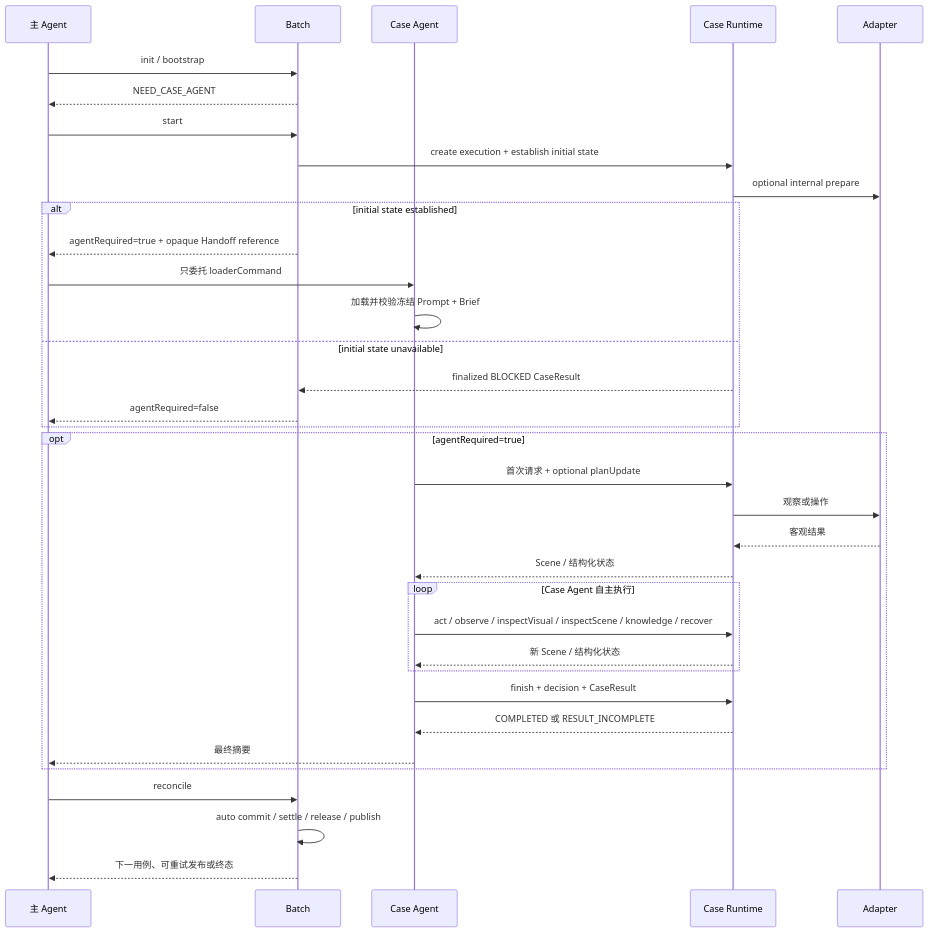
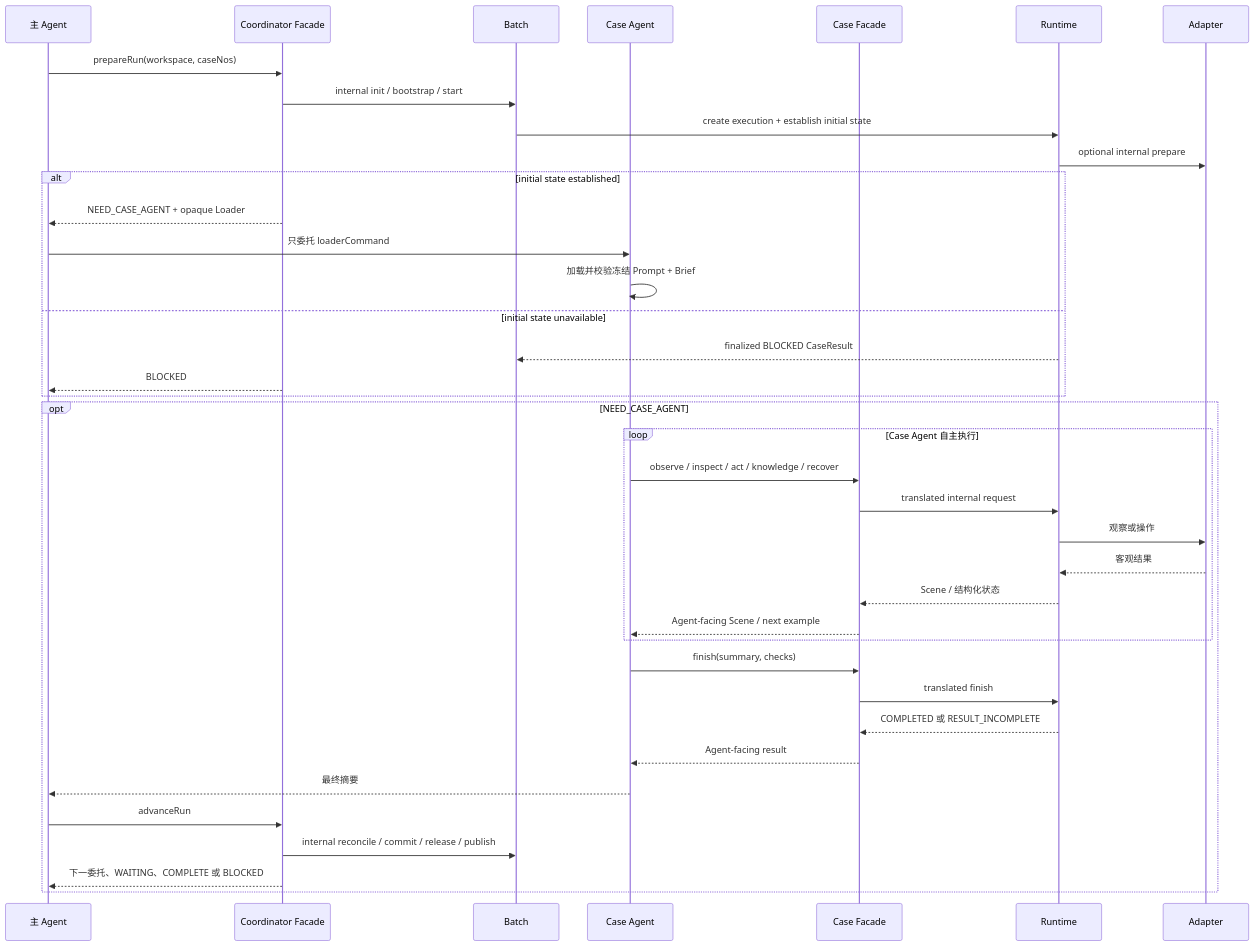
One commit to lianghuihui-plus/DevKit changed the second of 2 diagrams in skills/mobile-ai-visual-test/docs/architecture.md. Above: the diagram before and after it, drawn with Mermaid. The commit also changed other lines of this file and 77 other files, not shown here.

Commit message:
refactor(mavt): simplify agent-facing execution framework

````diff
--- a/skills/mobile-ai-visual-test/docs/architecture.md
+++ b/skills/mobile-ai-visual-test/docs/architecture.md
@@ -76,38 +91,41 @@
 ```mermaid
 sequenceDiagram
   participant M as 主 Agent
+  participant C as Coordinator Facade
   participant B as Batch
   participant A as Case Agent
-  participant R as Case Runtime
+  participant F as Case Facade
+  participant R as Runtime
   participant D as Adapter
 
-  M->>B: init / bootstrap
-  B-->>M: NEED_CASE_AGENT
-  M->>B: start
+  M->>C: prepareRun(workspace, caseNos)
+  C->>B: internal init / bootstrap / start
   B->>R: create execution + establish initial state
   R->>D: optional internal prepare
   alt initial state established
-    B-->>M: agentRequired=true + opaque Handoff reference
+    C-->>M: NEED_CASE_AGENT + opaque Loader
     M->>A: 只委托 loaderCommand
     A->>A: 加载并校验冻结 Prompt + Brief
   else initial state unavailable
     R-->>B: finalized BLOCKED CaseResult
-    B-->>M: agentRequired=false
+    C-->>M: BLOCKED
   end
-  opt agentRequired=true
-    A->>R: 首次请求 + optional planUpdate
-    R->>D: 观察或操作
-    D-->>R: 客观结果
-    R-->>A: Scene / 结构化状态
+  opt NEED_CASE_AGENT
     loop Case Agent 自主执行
-      A->>R: act / observe / inspectVisual / inspectScene / knowledge / recover
-      R-->>A: 新 Scene / 结构化状态
+      A->>F: observe / inspect / act / knowledge / recover
+      F->>R: translated internal request
+      R->>D: 观察或操作
+      D-->>R: 客观结果
+      R-->>F: Scene / 结构化状态
+      F-->>A: Agent-facing Scene / next example
     end
-    A->>R: finish + decision + CaseResult
-    R-->>A: COMPLETED 或 RESULT_INCOMPLETE
+    A->>F: finish(summary, checks)
+    F->>R: translated finish
+    R-->>F: COMPLETED 或 RESULT_INCOMPLETE
+    F-->>A: Agent-facing result
     A-->>M: 最终摘要
+    M->>C: advanceRun
+    C->>B: internal reconcile / commit / release / publish
+    C-->>M: 下一委托、WAITING、COMPLETE 或 BLOCKED
   end
-  M->>B: reconcile
-  B->>B: auto commit / settle / release / publish
-  B-->>M: 下一用例、可重试发布或终态
 ```
````
